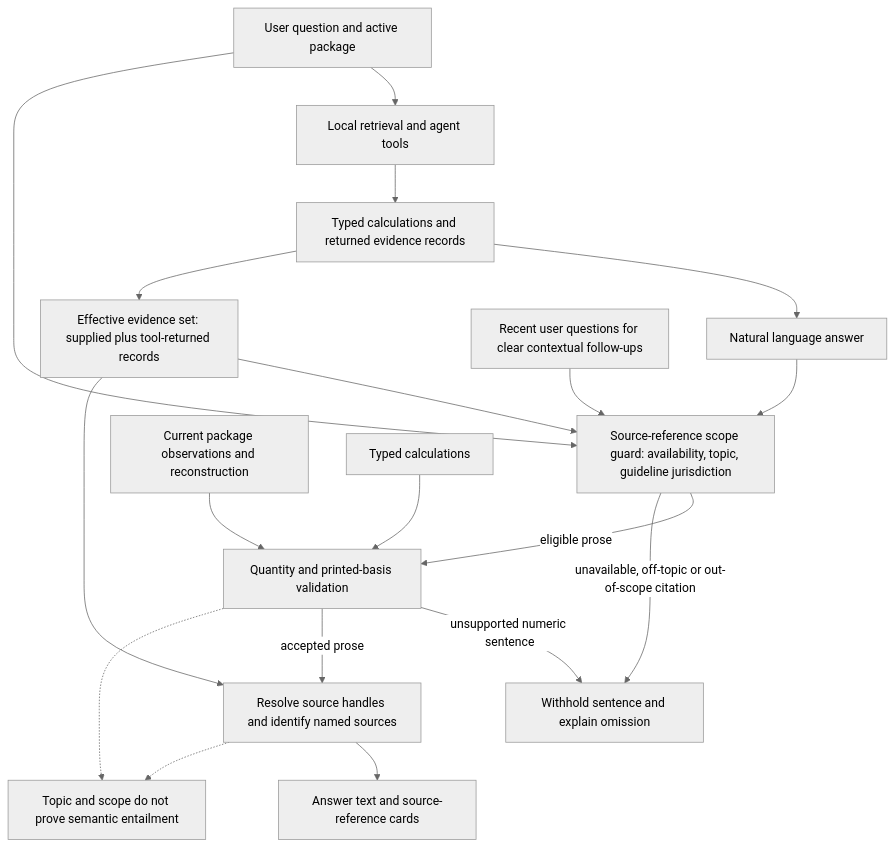
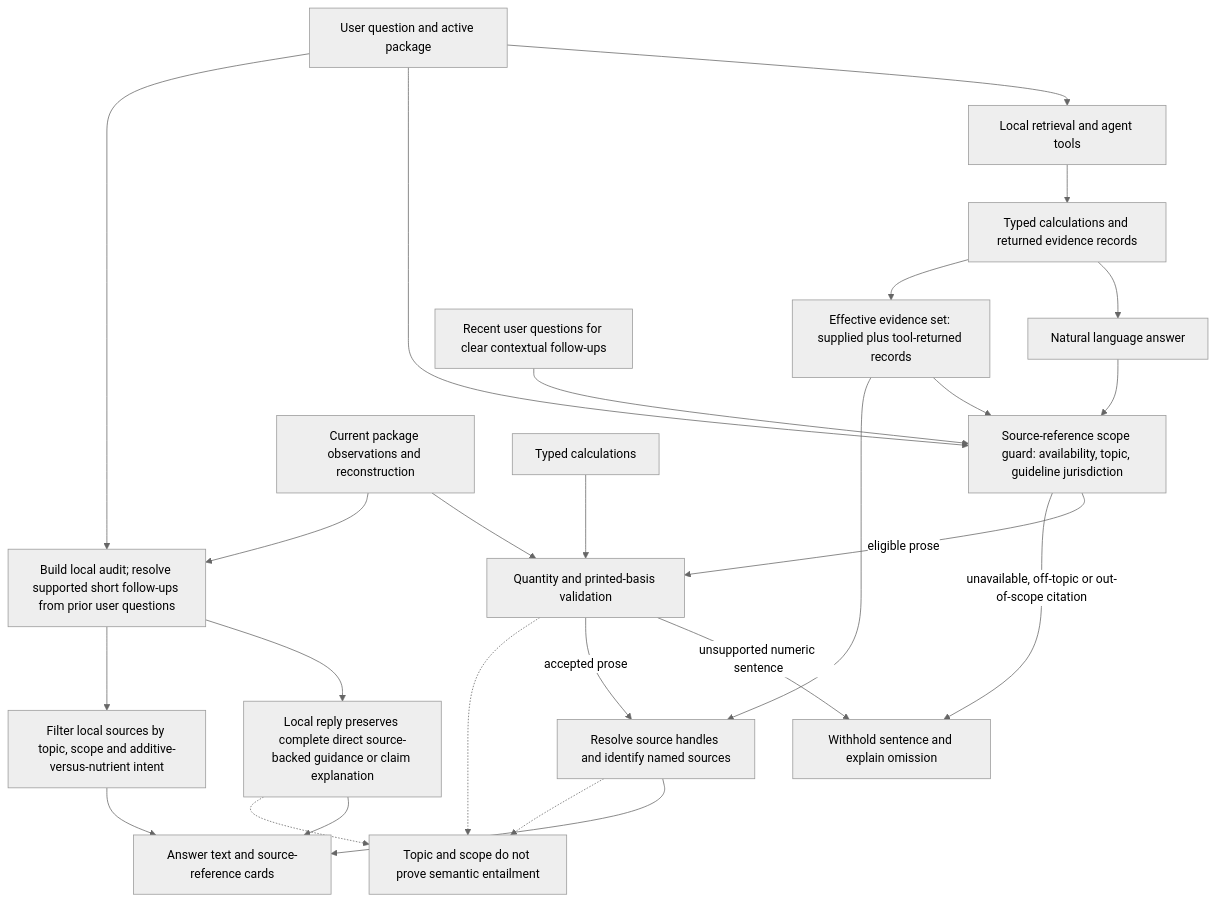
Before and after one commit to Suvichan2005/NutriScan: the diagram in docs/diagrams/production-answer-evidence-flow.md, drawn with Mermaid (neutral theme). The commit also changed other lines of this file and 10 other files, not shown here.

````diff
--- a/docs/diagrams/production-answer-evidence-flow.md
+++ b/docs/diagrams/production-answer-evidence-flow.md
@@ -5,21 +5,28 @@
 ```mermaid
 flowchart TD
   Q[User question and active package] --> R[Local retrieval and agent tools]
   R --> T[Typed calculations and returned evidence records]
   T --> M[Natural language answer]
   T --> E[Effective evidence set: supplied plus tool-returned records]
   M --> S[Source-reference scope guard: availability, topic, guideline jurisdiction]
   E --> S
   Q --> S
   H[Recent user questions for clear contextual follow-ups] --> S
   S -->|eligible prose| V[Quantity and printed-basis validation]
   P[Current package observations and reconstruction] --> V
   C[Typed calculations] --> V
   S -->|unavailable, off-topic or out-of-scope citation| W[Withhold sentence and explain omission]
   V -->|unsupported numeric sentence| W
   V -->|accepted prose| I[Resolve source handles and identify named sources]
   E --> I
   I --> U[Answer text and source-reference cards]
+  Q --> LA[Build local audit; resolve supported short follow-ups from prior user questions]
+  P --> LA
+  LA --> LR[Local reply preserves complete direct source-backed guidance or claim explanation]
+  LA --> LE[Filter local sources by topic, scope and additive-versus-nutrient intent]
+  LR --> U
+  LE --> U
   I -.-> L[Topic and scope do not prove semantic entailment]
+  LR -.-> L
   V -.-> L
 ```
````
